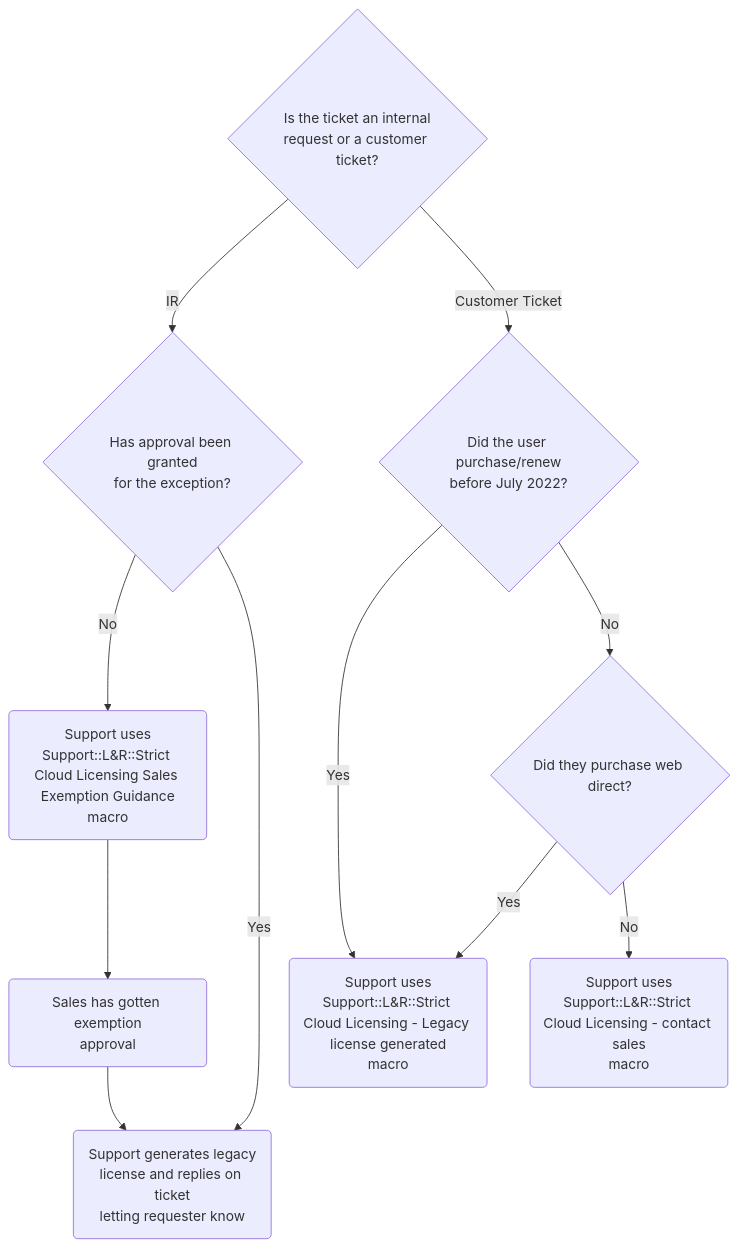
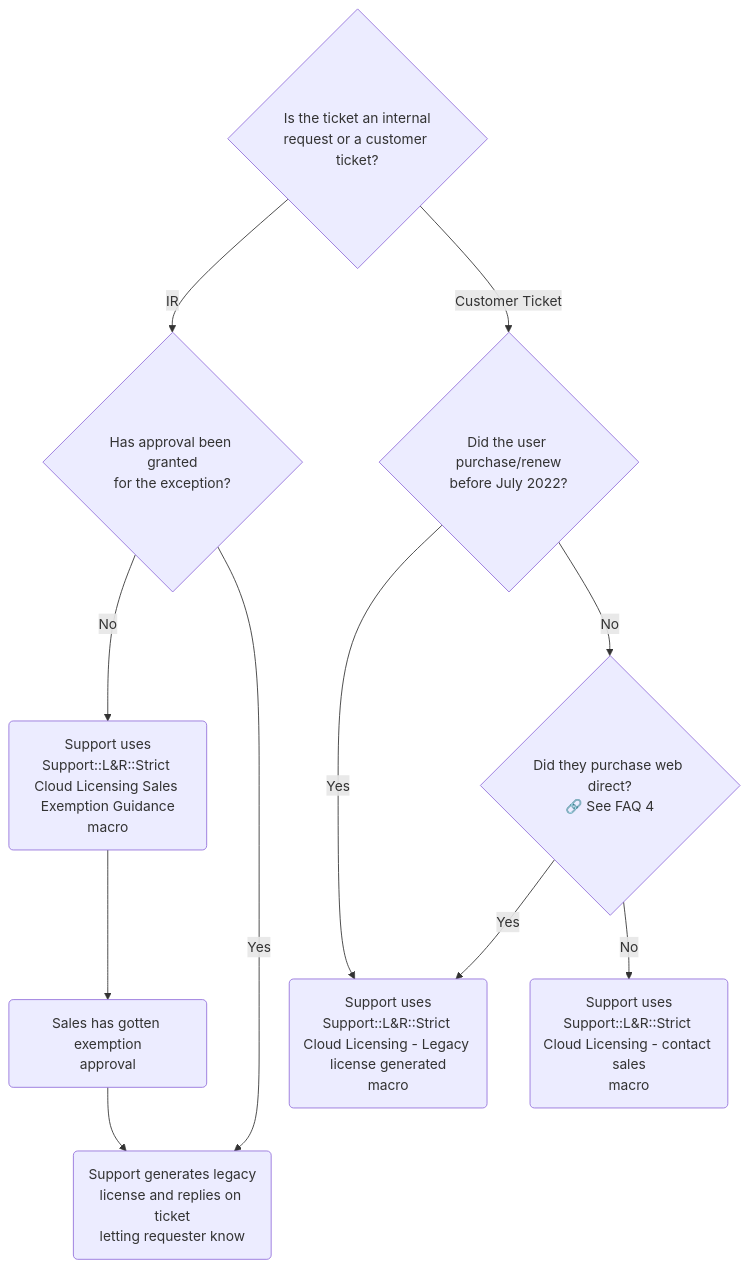
The diagram in support/license-and-renewals/workflows/self-managed/cloud-licensing.html.md (secretstartups/handbook), drawn with Mermaid before and after one commit. The commit also changed other lines of this file, not shown here.

Commit message:
[L&R] Add FAQ about how to find out if a purchase was web direct

````diff
--- a/support/license-and-renewals/workflows/self-managed/cloud-licensing.html.md
+++ b/support/license-and-renewals/workflows/self-managed/cloud-licensing.html.md
@@ -27,22 +27,22 @@
 ```mermaid
 graph TD;
   A -->|IR| B;
   B -->|No| C;
   B -->|Yes| E;
   C --> D;
   D --> E;
   A -->|Customer Ticket| F;
   F -->|Yes| G;
   F -->|No| H
   H -->|Yes| G;
   H -->|No| I;
   A{Is the ticket an internal<br>request or a customer ticket?}
   B{Has approval been granted<br>for the exception?}
   C(Support uses<br>Support::L&R::Strict Cloud Licensing Sales Exemption Guidance<br>macro)
   D(Sales has gotten exemption<br>approval)
   E(Support generates legacy<br>license and replies on ticket<br>letting requester know)
   F{Did the user purchase/renew<br>before July 2022?}
   G(Support uses<br>Support::L&R::Strict Cloud Licensing - Legacy license generated<br>macro)
-  H{Did they purchase web direct?}
+  H{"Did they purchase web direct?<br>🔗 See FAQ 4"}
   I(Support uses<br>Support::L&R::Strict Cloud Licensing - contact sales<br>macro)
 ```
````
